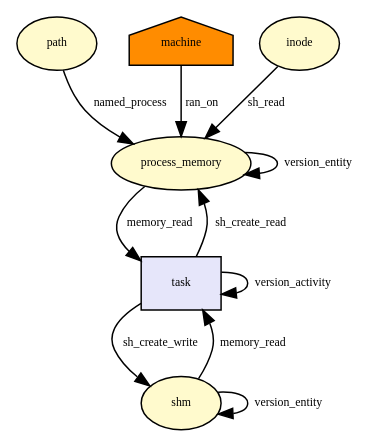
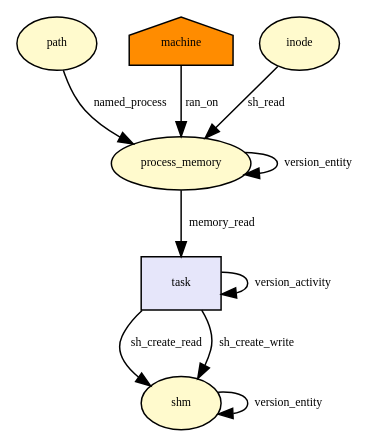
Before and after one commit to CamFlow/camflow-dev: the diagram in docs/dot/shm_alloc_security.dot, drawn with Graphviz. The commit also changed 2 other files, not shown here.

```diff
--- a/docs/dot/shm_alloc_security.dot
+++ b/docs/dot/shm_alloc_security.dot
@@ -1,33 +1,31 @@
 digraph RGL__DirectedAdjacencyGraph {path[fontsize = 8,label = path,shape = ellipse, fillcolor="#fffacd", style = filled]
 
 process_memory[fontsize = 8,label = process_memory,shape = ellipse, fillcolor="#fffacd", style = filled]
 
 path -> process_memory[fontsize = 8,label = named_process]
 
 machine[fontsize = 8,label = machine,shape = house, fillcolor="#ff8c00", style = filled]
 
 machine -> process_memory[fontsize = 8,label = ran_on]
 
+task[fontsize = 8,label = task,shape = rectangle, fillcolor="#e6e6fa", style = filled]
+
+process_memory -> task[fontsize = 8,label = memory_read]
+
 shm[fontsize = 8,label = shm,shape = ellipse, fillcolor="#fffacd", style = filled]
 
-task[fontsize = 8,label = task,shape = rectangle, fillcolor="#e6e6fa", style = filled]
-
-shm -> task[fontsize = 8,label = memory_read]
-
-task -> process_memory[fontsize = 8,label = sh_create_read]
+task -> shm[fontsize = 8,label = sh_create_read]
 
 task -> task[fontsize = 8,label = version_activity]
 
-process_memory -> process_memory[fontsize = 8,label = version_entity]
+shm -> shm[fontsize = 8,label = version_entity]
 
 inode[fontsize = 8,label = inode,shape = ellipse, fillcolor="#fffacd", style = filled]
 
 inode -> process_memory[fontsize = 8,label = sh_read]
 
-process_memory -> task[fontsize = 8,label = memory_read]
+process_memory -> process_memory[fontsize = 8,label = version_entity]
 
 task -> shm[fontsize = 8,label = sh_create_write]
 
-shm -> shm[fontsize = 8,label = version_entity]
-
 }
```
